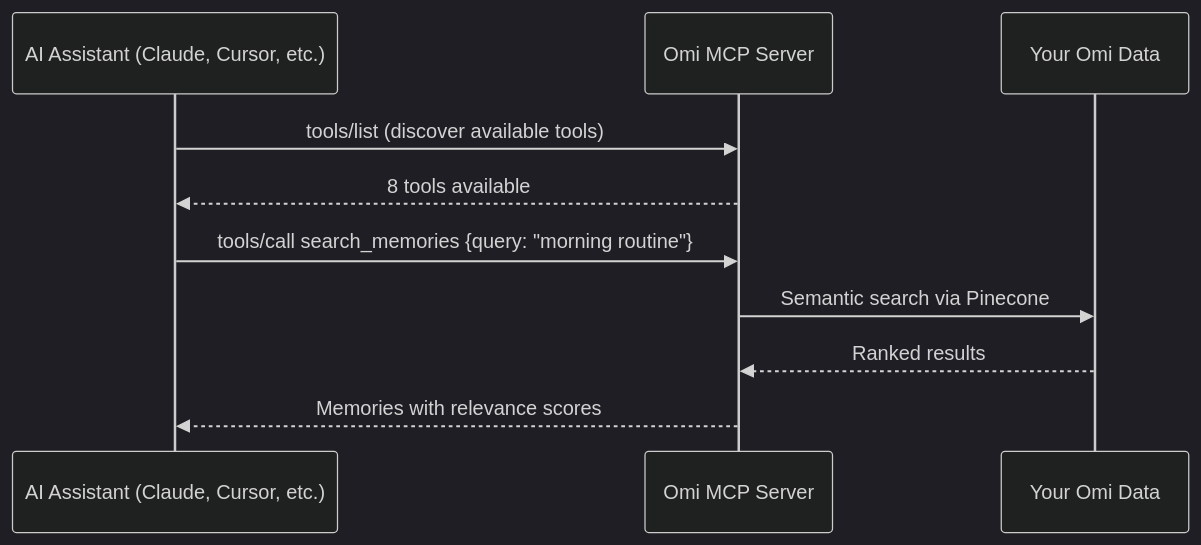
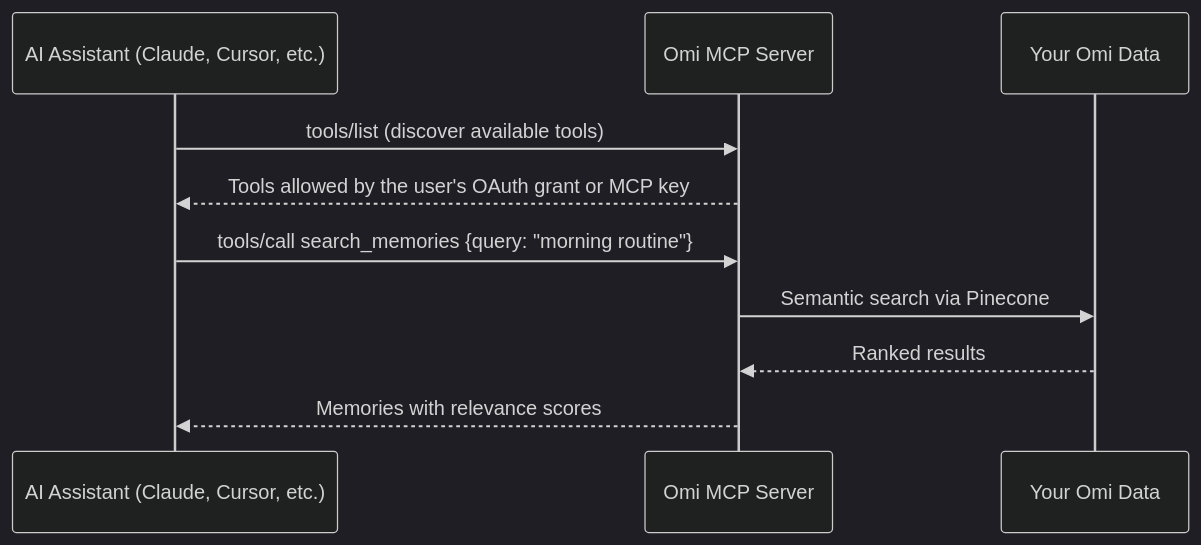
One commit to BasedHardware/omi changed the diagram in docs/doc/developer/mcp/introduction.mdx. Above: the diagram before and after it, drawn with Mermaid (dark theme). The commit also changed other lines of this file and 5 other files, not shown here.

Commit message:
docs: update MCP setup for OAuth and manual clients

````diff
--- a/docs/doc/developer/mcp/introduction.mdx
+++ b/docs/doc/developer/mcp/introduction.mdx
@@ -27,13 +27,13 @@
 ```mermaid
 sequenceDiagram
     participant A as AI Assistant (Claude, Cursor, etc.)
     participant M as Omi MCP Server
     participant D as Your Omi Data
 
     A->>M: tools/list (discover available tools)
-    M-->>A: 8 tools available
+    M-->>A: Tools allowed by the user's OAuth grant or MCP key
     A->>M: tools/call search_memories {query: "morning routine"}
     M->>D: Semantic search via Pinecone
     D-->>M: Ranked results
     M-->>A: Memories with relevance scores
 ```
````
